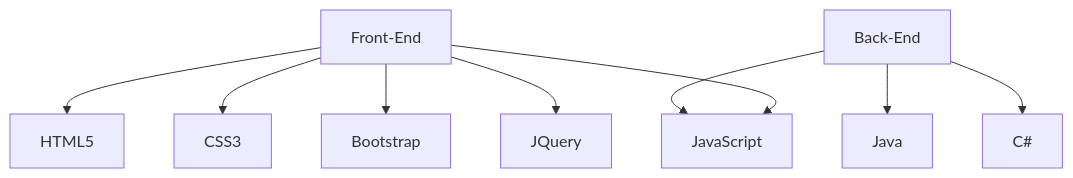
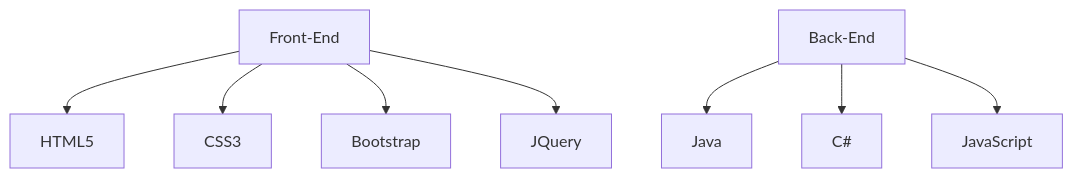
The first of 2 diagrams in README.md (LuongXuanNhat/LuongXuanNhat), drawn with Mermaid before and after one commit. The commit also changed other lines of this file, not shown here.

````diff
--- a/README.md
+++ b/README.md
@@ -20,11 +20,10 @@
 ```mermaid
 graph TD;
     Front-End-->HTML5;
     Front-End-->CSS3;
-    Front-End-->JavaScript;
     Front-End-->Bootstrap;
     Front-End-->JQuery;
     Back-End-->Java;
     Back-End-->C#;
     Back-End-->JavaScript;
    ```
````
